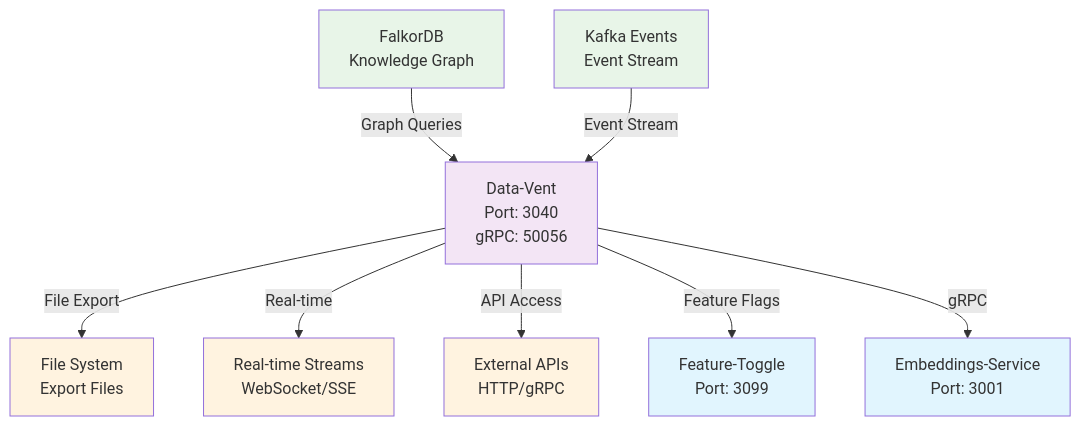
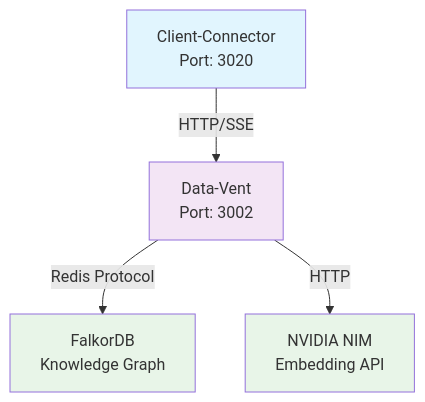
The diagram in docs/index.md (KogSector/data-vent), drawn with Mermaid before and after one commit. The commit also changed other lines of this file and 10 other files, not shown here.

````diff
--- a/docs/index.md
+++ b/docs/index.md
@@ -48,38 +29,25 @@
 ```mermaid
 graph TD
-    %% Data Sources
-    FDB[FalkorDB<br/>Knowledge Graph]
-    Kafka[Kafka Events<br/>Event Stream]
+    %% Clients
+    CC[Client-Connector<br/>Port: 3020]
     
     %% Data Vent Service
-    DV[Data-Vent<br/>Port: 3040<br/>gRPC: 50056]
+    DV[Data-Vent<br/>Port: 3002]
     
-    %% Export Destinations
-    Files[File System<br/>Export Files]
-    Streams[Real-time Streams<br/>WebSocket/SSE]
-    APIs[External APIs<br/>HTTP/gRPC]
-    
-    %% Supporting Services
-    FT[Feature-Toggle<br/>Port: 3099]
-    ES[Embeddings-Service<br/>Port: 3001]
+    %% Backend Services
+    FDB[FalkorDB<br/>Knowledge Graph]
+    NVIDIA[NVIDIA NIM<br/>Embedding API]
     
     %% Connections
-    FDB -->|Graph Queries| DV
-    Kafka -->|Event Stream| DV
-    DV -->|File Export| Files
-    DV -->|Real-time| Streams
-    DV -->|API Access| APIs
+    CC -->|HTTP/SSE| DV
+    DV -->|Redis Protocol| FDB
+    DV -->|HTTP| NVIDIA
     
-    DV -->|Feature Flags| FT
-    DV -->|gRPC| ES
+    classDef client fill:#e1f5fe
+    classDef service fill:#f3e5f5
+    classDef backend fill:#e8f5e8
     
-    classDef storage fill:#e8f5e8
-    classDef service fill:#f3e5f5
-    classDef output fill:#fff3e0
-    classDef support fill:#e1f5fe
-    
-    class FDB,Kafka storage
+    class CC client
     class DV service
-    class Files,Streams,APIs output
-    class FT,ES support
+    class FDB,NVIDIA backend
 ```
````
